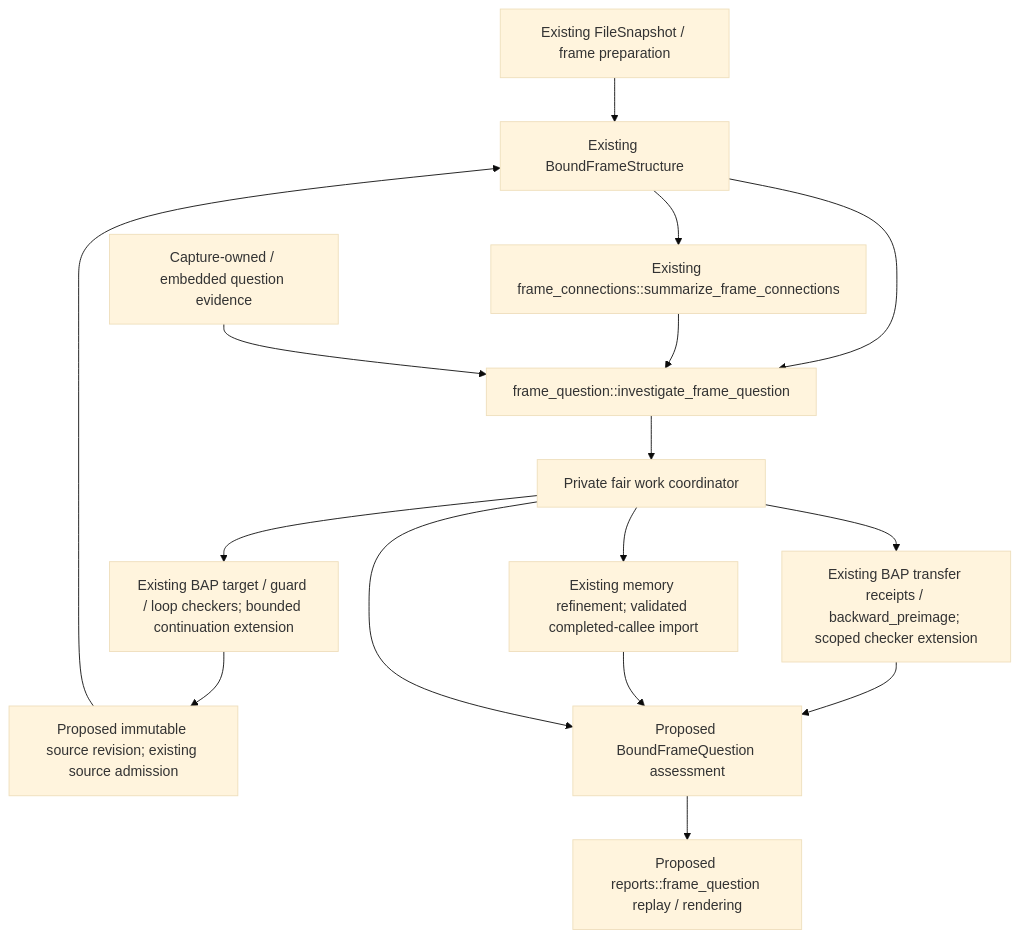
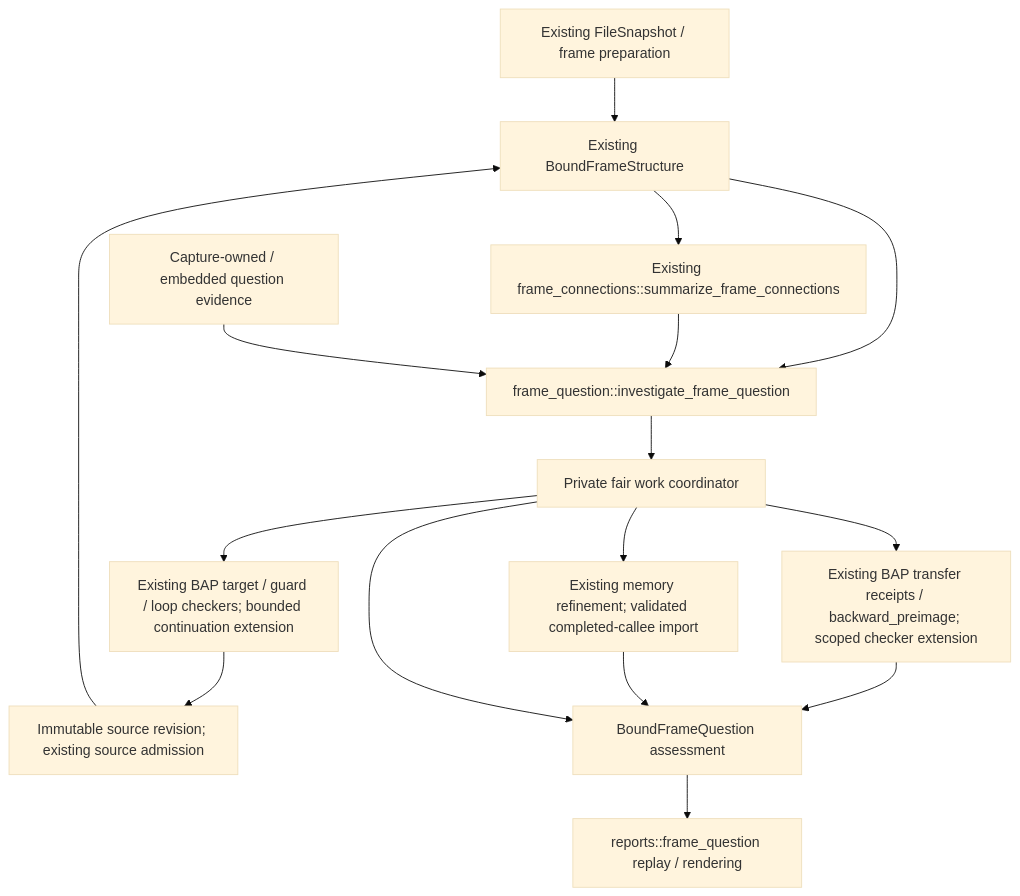
One commit to NzSN/Ariadne changed the diagram in docs/Ariadne/frame-question-investigation-design.md. Above: the diagram before and after it, drawn with Mermaid (base theme). The commit also changed other lines of this file and 37 other files, not shown here.

First line of the commit message:
investigation: qualify frame-question analysis remotely

````diff
--- a/docs/Ariadne/frame-question-investigation-design.md
+++ b/docs/Ariadne/frame-question-investigation-design.md
@@ -56,18 +51,18 @@
 ```mermaid
 flowchart TD
     Capture["Existing FileSnapshot / frame preparation"] --> Structure["Existing BoundFrameStructure"]
     Structure --> Connections["Existing frame_connections::summarize_frame_connections"]
     Structure --> Question["frame_question::investigate_frame_question"]
     Connections --> Question
     Inputs["Capture-owned / embedded question evidence"] --> Question
     Question --> Work["Private fair work coordinator"]
     Work --> Targets["Existing BAP target / guard / loop checkers; bounded continuation extension"]
     Work --> Values["Existing BAP transfer receipts / backward_preimage; scoped checker extension"]
     Work --> Writers["Existing memory refinement; validated completed-callee import"]
-    Targets --> Revision["Proposed immutable source revision; existing source admission"]
+    Targets --> Revision["Immutable source revision; existing source admission"]
     Revision --> Structure
-    Values --> Result["Proposed BoundFrameQuestion assessment"]
+    Values --> Result["BoundFrameQuestion assessment"]
     Writers --> Result
     Work --> Result
-    Result --> Codec["Proposed reports::frame_question replay / rendering"]
+    Result --> Codec["reports::frame_question replay / rendering"]
 ```
````
